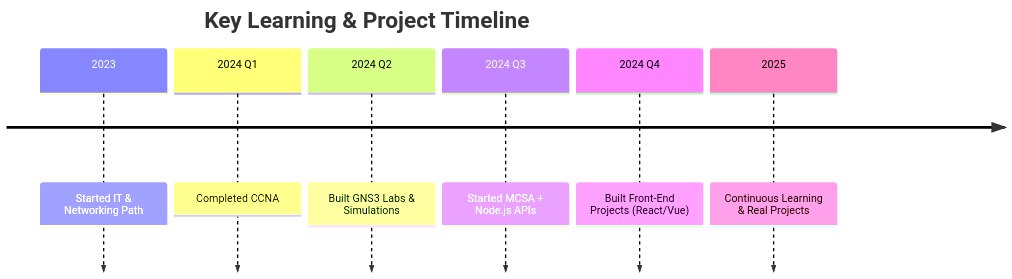
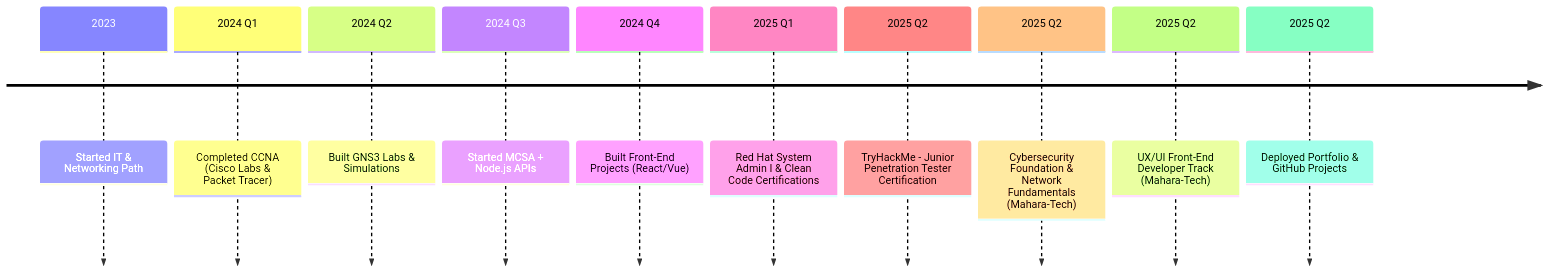
Before and after one commit to seka10/seka10: the diagram in README.md, drawn with Mermaid.

Commit message:
Update README.md
tutorial

````diff
--- a/README.md
+++ b/README.md
@@ -128,11 +128,15 @@
 ```mermaid
   %% Mermaid Timeline
   timeline
-    title Key Learning & Project Timeline
-    2023 : Started IT & Networking Path
-    2024 Q1 : Completed CCNA
-    2024 Q2 : Built GNS3 Labs & Simulations
-    2024 Q3 : Started MCSA + Node.js APIs
-    2024 Q4 : Built Front-End Projects (React/Vue)
-    2025 : Continuous Learning & Real Projects
+  2023 : Started IT & Networking Path
+  2024 Q1 : Completed CCNA (Cisco Labs & Packet Tracer)
+  2024 Q2 : Built GNS3 Labs & Simulations
+  2024 Q3 : Started MCSA + Node.js APIs
+  2024 Q4 : Built Front-End Projects (React/Vue)
+  2025 Q1 : Red Hat System Admin I & Clean Code Certifications
+  2025 Q2 : TryHackMe - Junior Penetration Tester Certification
+  2025 Q2 : Cybersecurity Foundation & Network Fundamentals (Mahara-Tech)
+  2025 Q2 : UX/UI Front-End Developer Track (Mahara-Tech)
+  2025 Q2 : Deployed Portfolio & GitHub Projects
+
 ```
````
